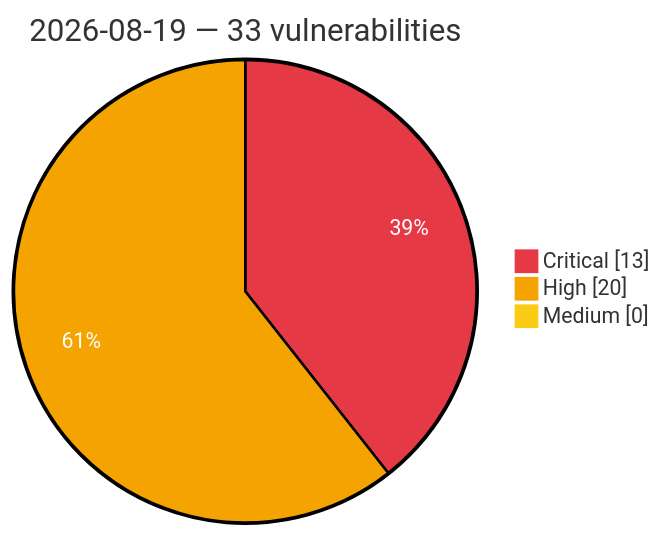
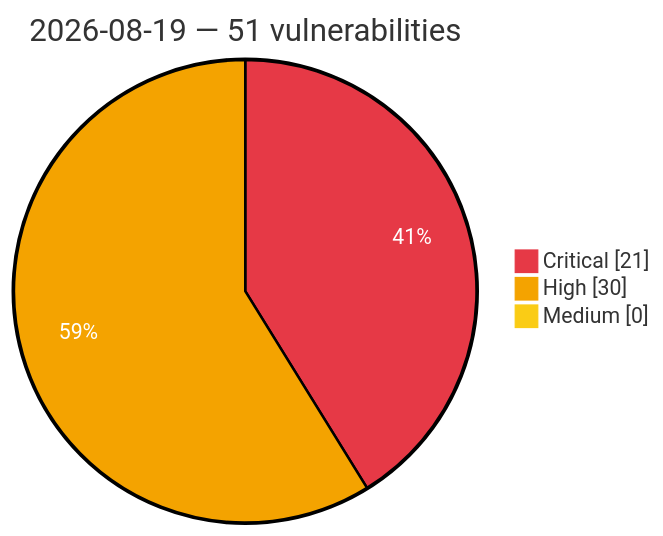
One commit to GhostX0X/vuln-tracker changed the diagram in vulnerabilities/2026/August/2026-08-19.md. Above: the diagram before and after it, drawn with Mermaid. The commit also changed other lines of this file and 5 other files, not shown here.

Commit message:
Auto update: critical/high vulns (2026-08-19 16:28 UTC)

````diff
--- a/vulnerabilities/2026/August/2026-08-19.md
+++ b/vulnerabilities/2026/August/2026-08-19.md
@@ -3,8 +3,8 @@
 ```mermaid
 %%{init: {'theme':'base', 'themeVariables': {'pie1':'#e63946', 'pie2':'#f4a300', 'pie3':'#facc15', 'pieOpacity':'1', 'pieOuterStrokeWidth':'2px', 'pieSectionTextColor':'#ffffff'}}}%%
 pie showData
-    title 2026-08-19 — 33 vulnerabilities
-    "Critical" : 13
-    "High" : 20
+    title 2026-08-19 — 51 vulnerabilities
+    "Critical" : 21
+    "High" : 30
     "Medium" : 0
 ```
````
